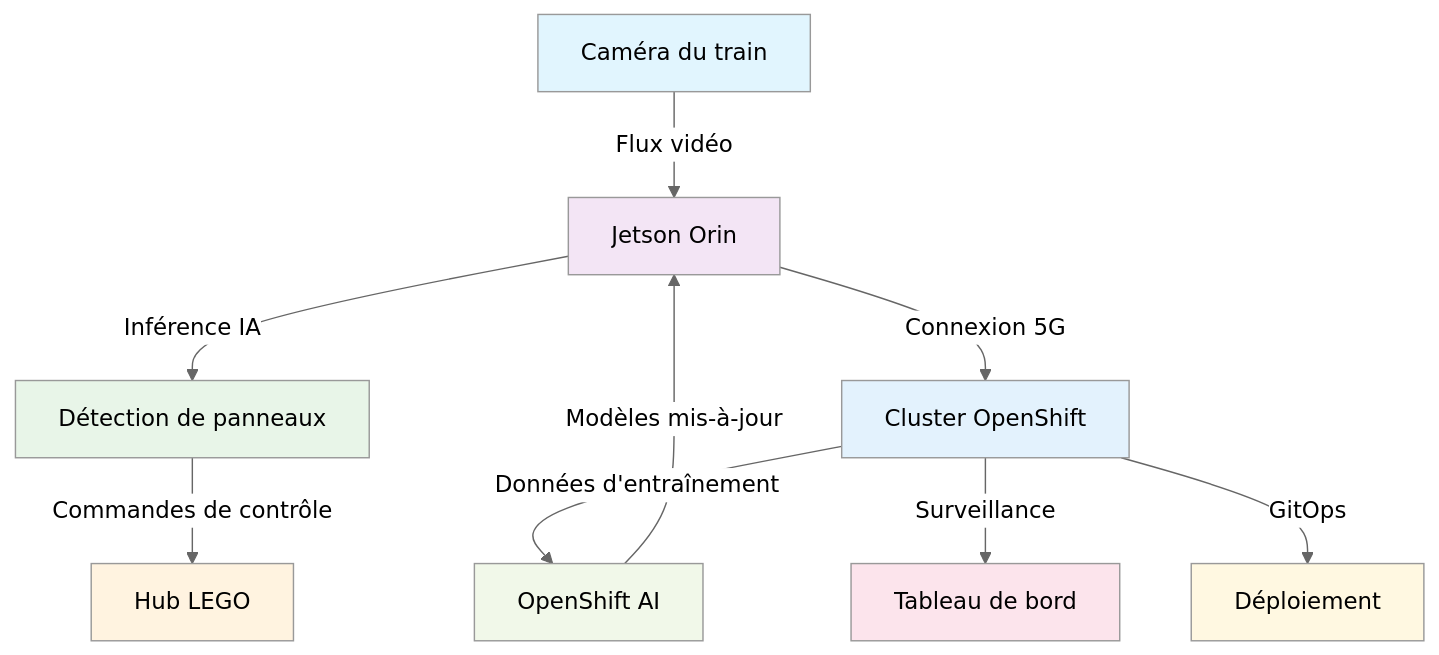
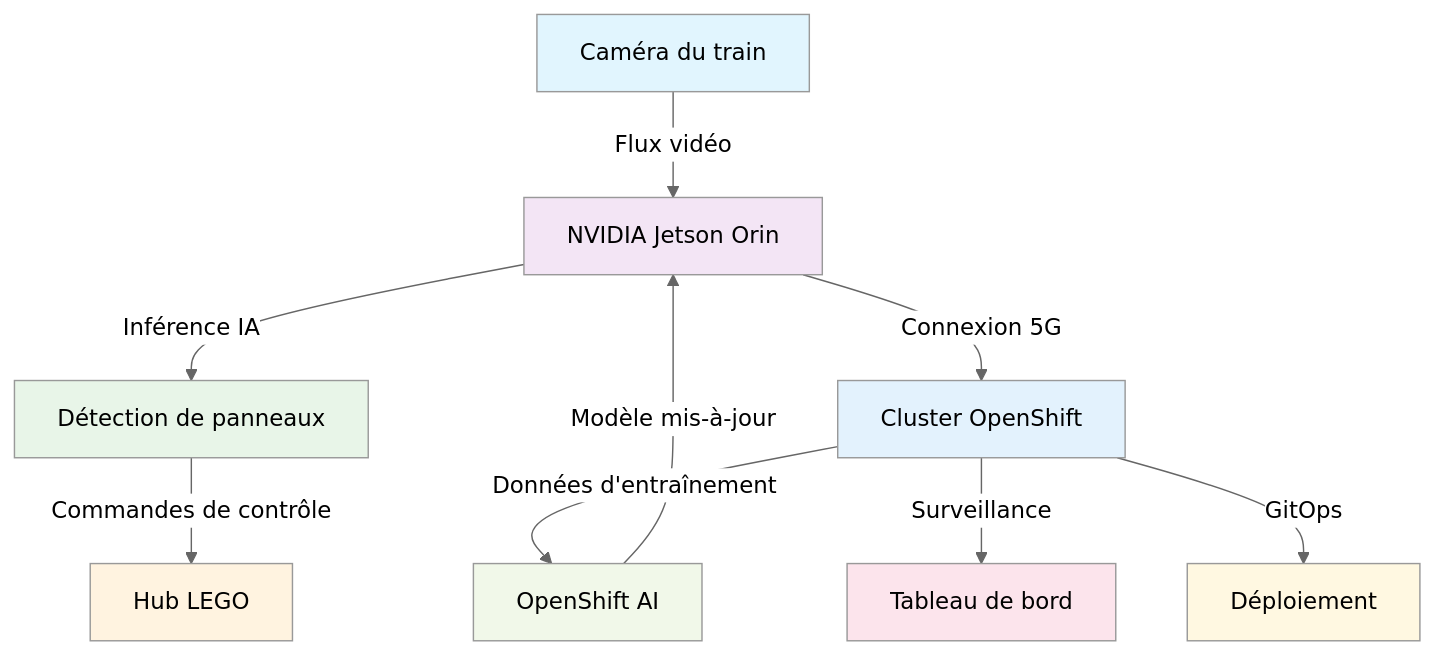
Before and after one commit to Demo-AI-Edge-Crazy-Train/lego-summit-connect-2025-lab-statement: the diagram in content/overview/architecture.fr.md, drawn with Mermaid (neutral theme).

```diff
--- a/content/overview/architecture.fr.md
+++ b/content/overview/architecture.fr.md
@@ -94,20 +94,20 @@
 {{< mermaid >}}
 graph TD
-    A[Caméra du train] -->|Flux vidéo| B[Jetson Orin]
+    A[Caméra du train] -->|Flux vidéo| B[NVIDIA Jetson Orin]
     B -->|Inférence IA| C[Détection de panneaux]
     C -->|Commandes de contrôle| D[Hub LEGO]
     B -->|Connexion 5G| E[Cluster OpenShift]
     E -->|Données d'entraînement| F[OpenShift AI]
-    F -->|Modèles mis-à-jour| B
+    F -->|Modèle mis-à-jour| B
     E -->|Surveillance| G[Tableau de bord]
     E -->|GitOps| H[Déploiement]
     
     style A fill:#e1f5fe
     style B fill:#f3e5f5
     style C fill:#e8f5e8
     style D fill:#fff3e0
     style E fill:#e3f2fd
     style F fill:#f1f8e9
     style G fill:#fce4ec
     style H fill:#fff8e1
 {{< /mermaid >}}
```
